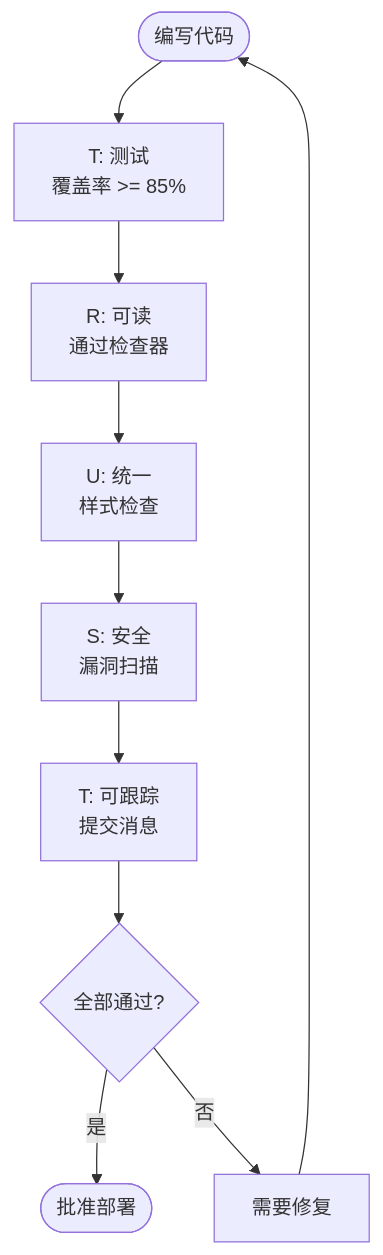
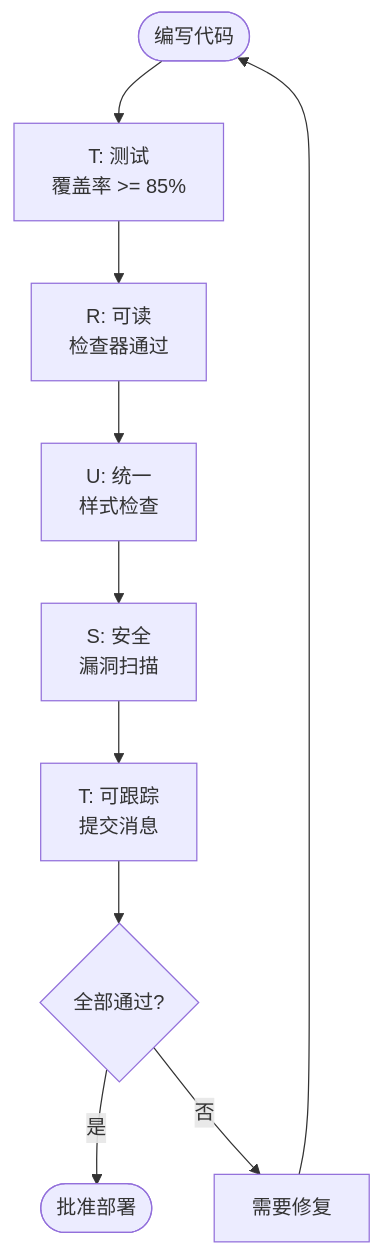
The fourth of 5 diagrams in README.zh.md (modu-ai/moai-adk), drawn with Mermaid before and after one commit. The commit also changed other lines of this file and 20 other files, not shown here.

````diff
--- a/README.zh.md
+++ b/README.zh.md
@@ -1362,12 +1937,12 @@
 ```mermaid
 flowchart TD
     Start([编写代码]) --> T[T: 测试<br/>覆盖率 >= 85%]
-    T --> R[R: 可读<br/>通过检查器]
+    T --> R[R: 可读<br/>检查器通过]
     R --> U[U: 统一<br/>样式检查]
     U --> S[S: 安全<br/>漏洞扫描]
     S --> T2[T: 可跟踪<br/>提交消息]
     T2 --> Pass{全部通过?}
     Pass -->|是| Success([批准部署])
     Pass -->|否| Fix[需要修复]
     Fix --> Start
 ```
````
